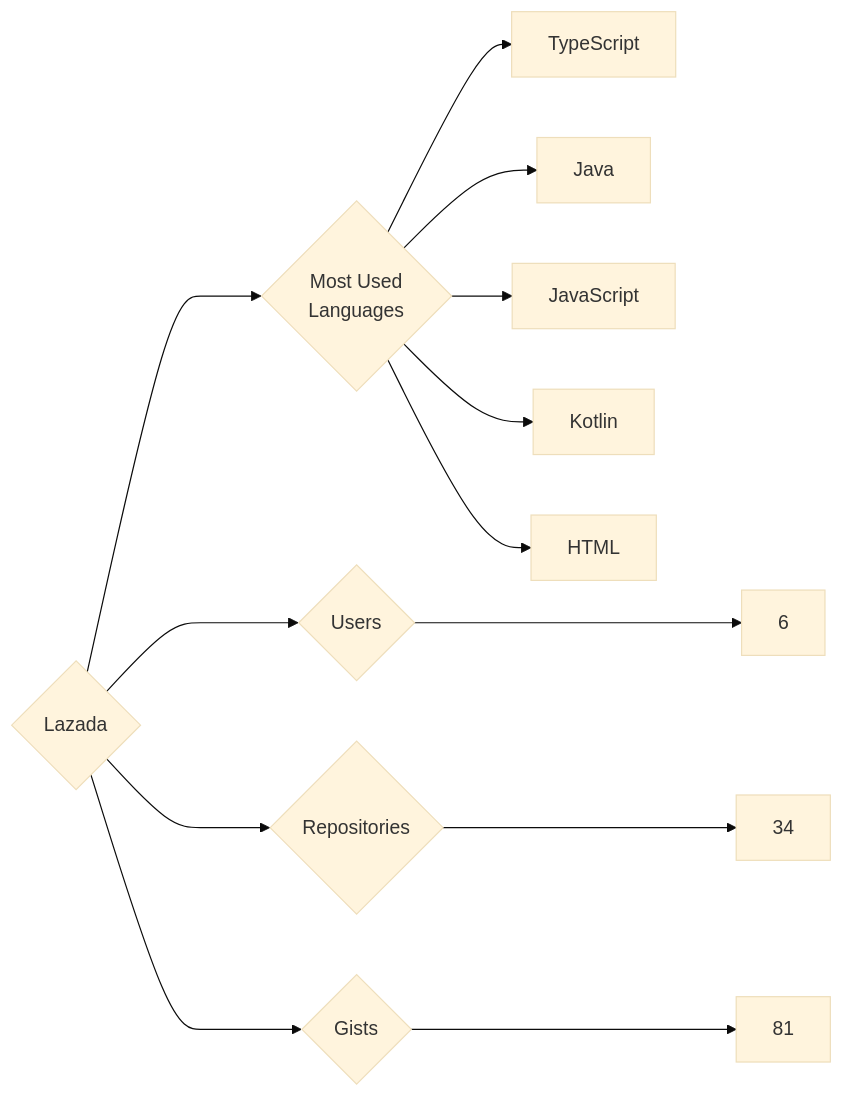
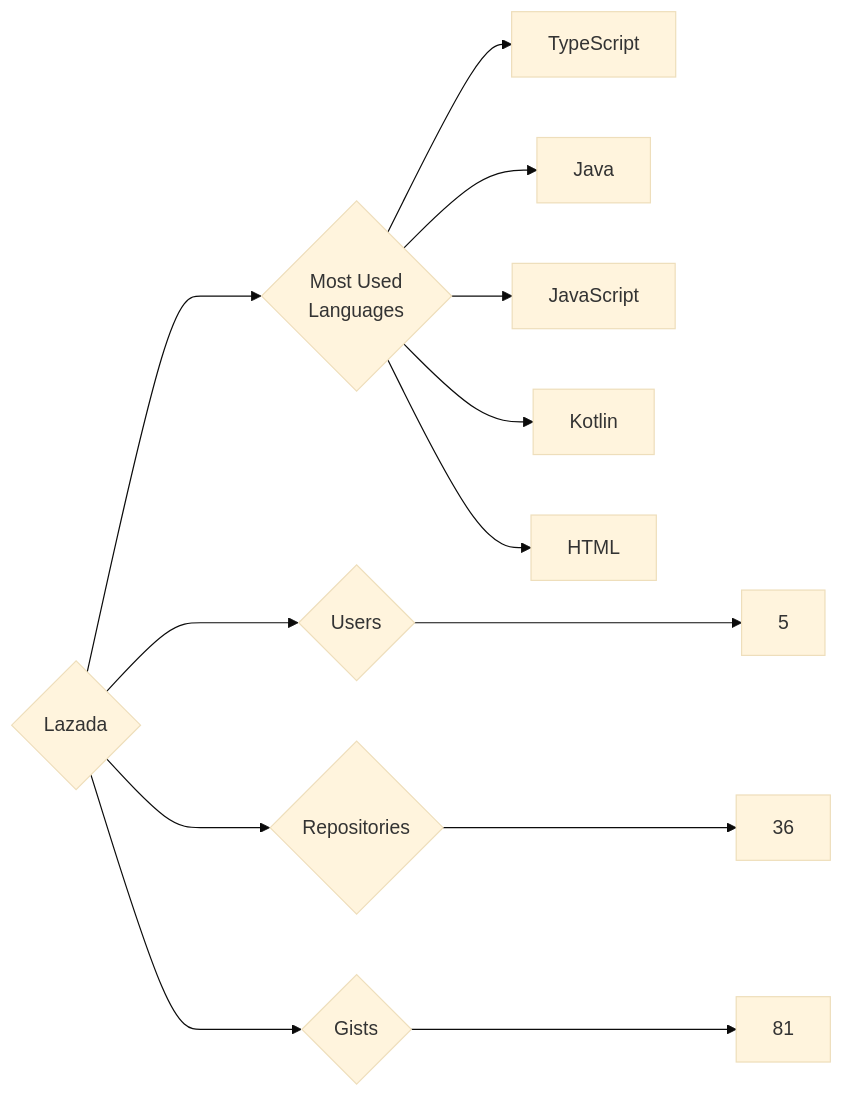
The diagram in targets/Lazada/README.md (trickest/insiders), drawn with Mermaid (base theme) before and after one commit. The commit also changed 1389 other files, not shown here.

````diff
--- a/targets/Lazada/README.md
+++ b/targets/Lazada/README.md
@@ -3,13 +3,13 @@
 ```mermaid
 graph LR
 COMPANY_NAME{Lazada}
-COMPANY_NAME ---> U{Users} ---> UN[6]
-COMPANY_NAME ---> R{Repositories} ---> RN[34]
+COMPANY_NAME ---> U{Users} ---> UN[5]
+COMPANY_NAME ---> R{Repositories} ---> RN[36]
 COMPANY_NAME ---> G{Gists} ---> GN[81]
 COMPANY_NAME ---> ML{Most Used<br>Languages}
 ML --> TypeScript[TypeScript]
 ML --> Java[Java]
 ML --> JavaScript[JavaScript]
 ML --> Kotlin[Kotlin]
 ML --> HTML[HTML]
 ```
````
